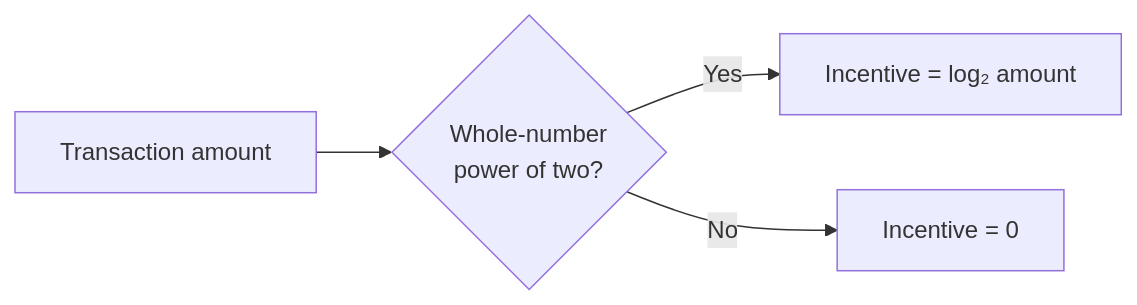
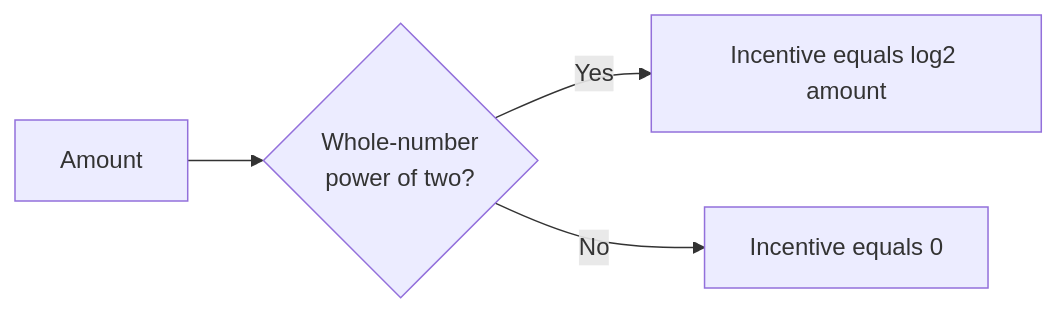
Before and after one commit to SidheshwarSarangal/forage-midas: the fourth of 6 diagrams in docs/api-contracts.md, drawn with Mermaid. The commit also changed other lines of this file and 4 other files, not shown here.

````diff
--- a/docs/api-contracts.md
+++ b/docs/api-contracts.md
@@ -64,6 +58,6 @@
 ```mermaid
 flowchart LR
-    A[Transaction amount] --> B{Whole-number<br/>power of two?}
-    B -- Yes --> C[Incentive = log₂ amount]
-    B -- No --> D[Incentive = 0]
+    A[Amount] --> B{Whole-number<br/>power of two?}
+    B -- Yes --> C[Incentive equals log2 amount]
+    B -- No --> D[Incentive equals 0]
 ```
````
